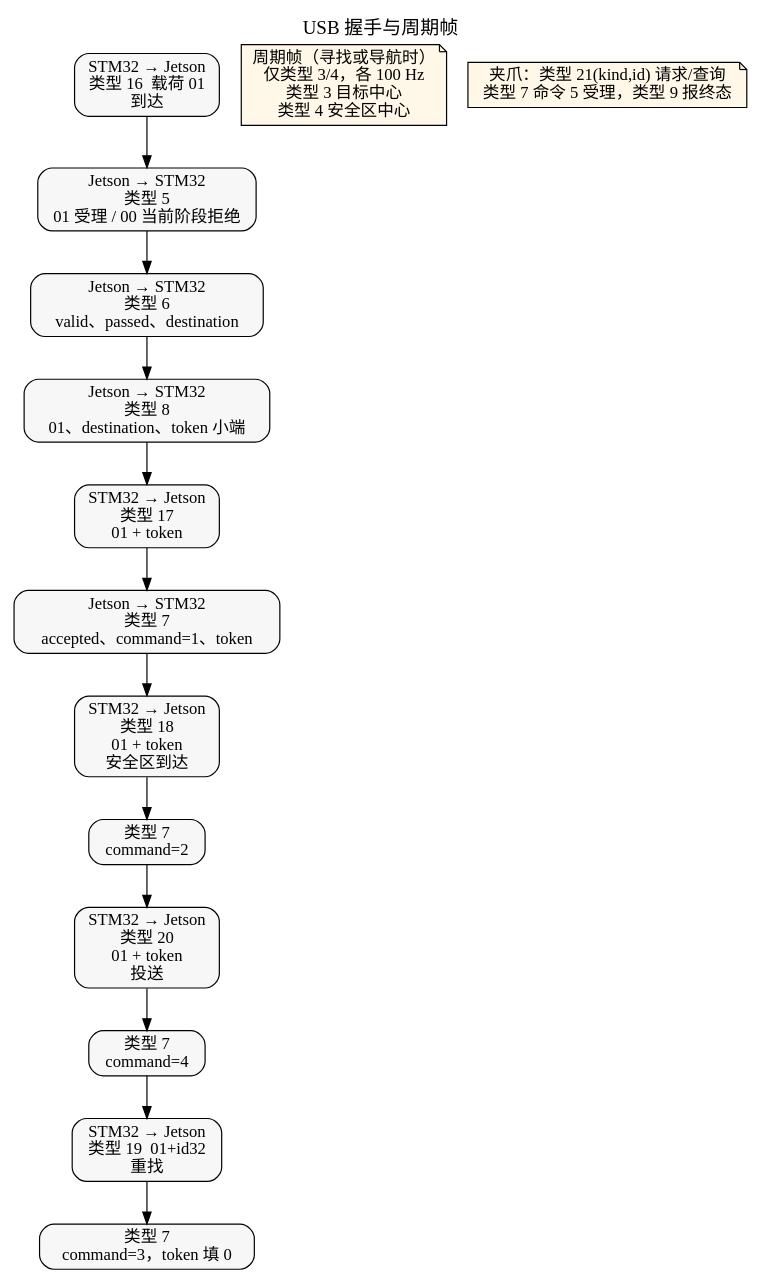
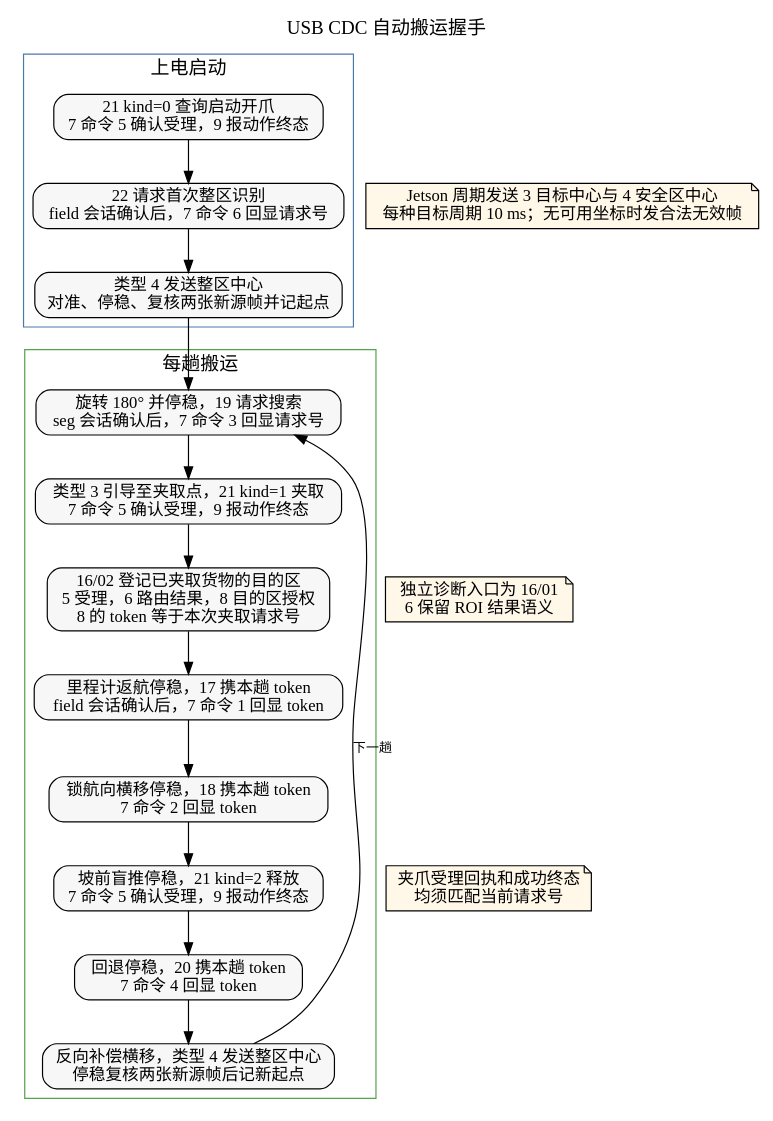
One commit to Lizzz000/gc-rescue-combined changed the diagram in Jetson/docs/flowcharts/usb.dot. Above: the diagram before and after it, drawn with Graphviz. The commit also changed 92 other files, not shown here.

```diff
--- a/Jetson/docs/flowcharts/usb.dot
+++ b/Jetson/docs/flowcharts/usb.dot
@@ -1,28 +1,47 @@
 digraph usb {
   graph [
     fontname="Microsoft YaHei",
     rankdir=TB,
-    label="USB 握手与周期帧",
+    newrank=true,
+    label="USB CDC 自动搬运握手",
     labelloc=t,
     fontsize=16
   ];
   node [fontname="Microsoft YaHei", shape=box, style="rounded,filled", fillcolor="#f7f7f7"];
-  edge [fontname="Microsoft YaHei"];
+  edge [fontname="Microsoft YaHei", fontsize=11];
 
-  f200 [label="STM32 → Jetson\n类型 16  载荷 01\n到达"];
-  f190 [label="Jetson → STM32\n类型 5\n01 受理 / 00 当前阶段拒绝"];
-  f191 [label="Jetson → STM32\n类型 6\nvalid、passed、destination"];
-  f193 [label="Jetson → STM32\n类型 8\n01、destination、token 小端"];
-  f203 [label="STM32 → Jetson\n类型 17\n01 + token"];
-  f192a [label="Jetson → STM32\n类型 7\naccepted、command=1、token"];
-  f204 [label="STM32 → Jetson\n类型 18\n01 + token\n安全区到达"];
-  f192b [label="类型 7\ncommand=2"];
-  f206 [label="STM32 → Jetson\n类型 20\n01 + token\n投送"];
-  f192c [label="类型 7\ncommand=4"];
-  f205 [label="STM32 → Jetson\n类型 19  01+id32\n重找"];
-  f192d [label="类型 7\ncommand=3，token 填 0"];
-  periodic [label="周期帧（寻找或导航时）\n仅类型 3/4，各 100 Hz\n类型 3 目标中心\n类型 4 安全区中心", shape=note, fillcolor="#fff8e8"];
+  subgraph cluster_start {
+    label="上电启动";
+    fontname="Microsoft YaHei";
+    color="#4c78a8";
+    open [label="21 kind=0 查询启动开爪\n7 命令 5 确认受理，9 报动作终态"];
+    first [label="22 请求首次整区识别\nfield 会话确认后，7 命令 6 回显请求号"];
+    origin [label="类型 4 发送整区中心\n对准、停稳、复核两张新源帧并记起点"];
+    open -> first -> origin;
+  }
 
-  f200 -> f190 -> f191 -> f193 -> f203 -> f192a -> f204 -> f192b -> f206 -> f192c -> f205 -> f192d;
-  note [label="夹爪：类型 21(kind,id) 请求/查询\n类型 7 命令 5 受理，类型 9 报终态", shape=note, fillcolor="#fff8e8"];
+  subgraph cluster_cycle {
+    label="每趟搬运";
+    fontname="Microsoft YaHei";
+    color="#54a24b";
+    search [label="旋转 180° 并停稳，19 请求搜索\nseg 会话确认后，7 命令 3 回显请求号"];
+    grasp [label="类型 3 引导至夹取点，21 kind=1 夹取\n7 命令 5 确认受理，9 报动作终态"];
+    route [label="16/02 登记已夹取货物的目的区\n5 受理，6 路由结果，8 目的区授权\n8 的 token 等于本次夹取请求号"];
+    returned [label="里程计返航停稳，17 携本趟 token\nfield 会话确认后，7 命令 1 回显 token"];
+    lateral [label="锁航向横移停稳，18 携本趟 token\n7 命令 2 回显 token"];
+    release [label="坡前盲推停稳，21 kind=2 释放\n7 命令 5 确认受理，9 报动作终态"];
+    delivery [label="回退停稳，20 携本趟 token\n7 命令 4 回显 token"];
+    recenter [label="反向补偿横移，类型 4 发送整区中心\n停稳复核两张新源帧后记新起点"];
+    search -> grasp -> route -> returned -> lateral -> release -> delivery -> recenter;
+    recenter -> search [label="下一趟", constraint=false];
+  }
+
+  origin -> search;
+  periodic [label="Jetson 周期发送 3 目标中心与 4 安全区中心\n每种目标周期 10 ms；无可用坐标时发合法无效帧",
+            shape=note, fillcolor="#fff8e8"];
+  diagnostic [label="独立诊断入口为 16/01\n6 保留 ROI 结果语义", shape=note, fillcolor="#fff8e8"];
+  point [label="夹爪受理回执和成功终态\n均须匹配当前请求号", shape=note, fillcolor="#fff8e8"];
+  { rank=same; first; periodic; }
+  { rank=same; route; diagnostic; }
+  { rank=same; release; point; }
 }
```
